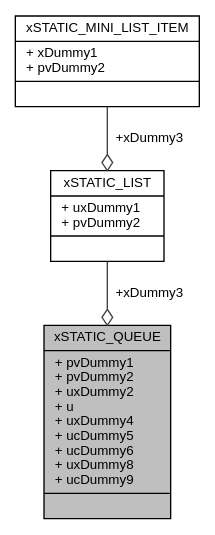
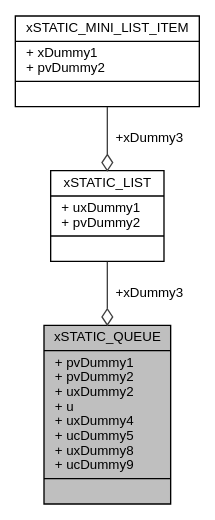
One commit to RoboJackets/mtrain-firmware changed the diagram in structx_s_t_a_t_i_c___q_u_e_u_e__coll__graph.dot. Above: the diagram before and after it, drawn with Graphviz. The commit also changed 3751 other files, not shown here.

```diff
--- a/structx_s_t_a_t_i_c___q_u_e_u_e__coll__graph.dot
+++ b/structx_s_t_a_t_i_c___q_u_e_u_e__coll__graph.dot
@@ -1,10 +1,10 @@
 digraph "xSTATIC_QUEUE"
 {
   edge [fontname="Helvetica",fontsize="10",labelfontname="Helvetica",labelfontsize="10"];
   node [fontname="Helvetica",fontsize="10",shape=record];
-  Node1 [label="{xSTATIC_QUEUE\n|+ pvDummy1\l+ pvDummy2\l+ uxDummy2\l+ u\l+ uxDummy4\l+ ucDummy5\l+ ucDummy6\l+ uxDummy8\l+ ucDummy9\l|}",height=0.2,width=0.4,color="black", fillcolor="grey75", style="filled", fontcolor="black"];
+  Node1 [label="{xSTATIC_QUEUE\n|+ pvDummy1\l+ pvDummy2\l+ uxDummy2\l+ u\l+ uxDummy4\l+ ucDummy5\l+ uxDummy8\l+ ucDummy9\l|}",height=0.2,width=0.4,color="black", fillcolor="grey75", style="filled", fontcolor="black"];
   Node2 -> Node1 [color="grey25",fontsize="10",style="solid",label=" +xDummy3" ,arrowhead="odiamond",fontname="Helvetica"];
   Node2 [label="{xSTATIC_LIST\n|+ uxDummy1\l+ pvDummy2\l|}",height=0.2,width=0.4,color="black", fillcolor="white", style="filled",URL="$structx_s_t_a_t_i_c___l_i_s_t.html"];
   Node3 -> Node2 [color="grey25",fontsize="10",style="solid",label=" +xDummy3" ,arrowhead="odiamond",fontname="Helvetica"];
   Node3 [label="{xSTATIC_MINI_LIST_ITEM\n|+ xDummy1\l+ pvDummy2\l|}",height=0.2,width=0.4,color="black", fillcolor="white", style="filled",URL="$structx_s_t_a_t_i_c___m_i_n_i___l_i_s_t___i_t_e_m.html"];
 }
```
